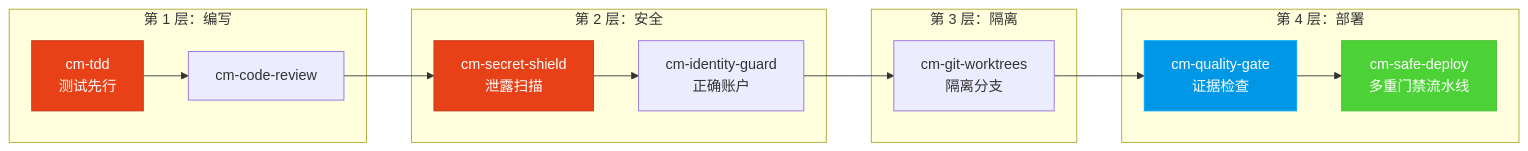
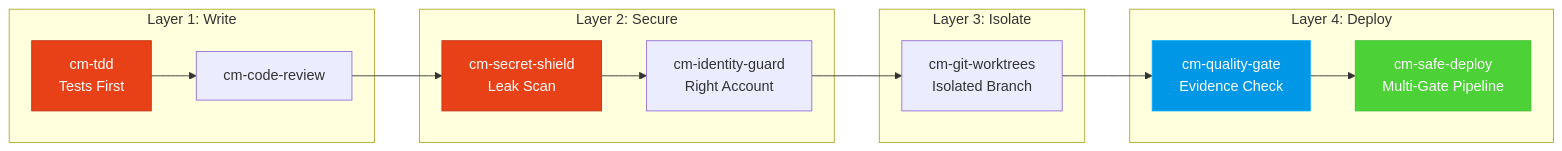
Before and after one commit to tody-agent/codymaster: the third of 3 diagrams in README-zh.md, drawn with Mermaid. The commit also changed other lines of this file and 27 other files, not shown here.

````diff
--- a/README-zh.md
+++ b/README-zh.md
@@ -111,19 +109,19 @@
 ```mermaid
 flowchart LR
-    subgraph "第 1 层：编写"
-        A["cm-tdd<br/>测试先行"] --> B["cm-code-review"]
+    subgraph "Layer 1: Write"
+        A["cm-tdd<br/>Tests First"] --> B["cm-code-review"]
     end
-    subgraph "第 2 层：安全"
-        B --> C["cm-secret-shield<br/>泄露扫描"] --> D["cm-identity-guard<br/>正确账户"]
+    subgraph "Layer 2: Secure"
+        B --> C["cm-secret-shield<br/>Leak Scan"] --> D["cm-identity-guard<br/>Right Account"]
     end
-    subgraph "第 3 层：隔离"
-        D --> E["cm-git-worktrees<br/>隔离分支"]
+    subgraph "Layer 3: Isolate"
+        D --> E["cm-git-worktrees<br/>Isolated Branch"]
     end
-    subgraph "第 4 层：部署"
-        E --> F["cm-quality-gate<br/>证据检查"] --> G["cm-safe-deploy<br/>多重门禁流水线"]
+    subgraph "Layer 4: Deploy"
+        E --> F["cm-quality-gate<br/>Evidence Check"] --> G["cm-safe-deploy<br/>Multi-Gate Pipeline"]
     end
     style A fill:#e84118,stroke:#c23616,color:#fff
     style C fill:#e84118,stroke:#c23616,color:#fff
     style F fill:#0097e6,stroke:#00a8ff,color:#fff
     style G fill:#4cd137,stroke:#44bd32,color:#fff
 ```
````
